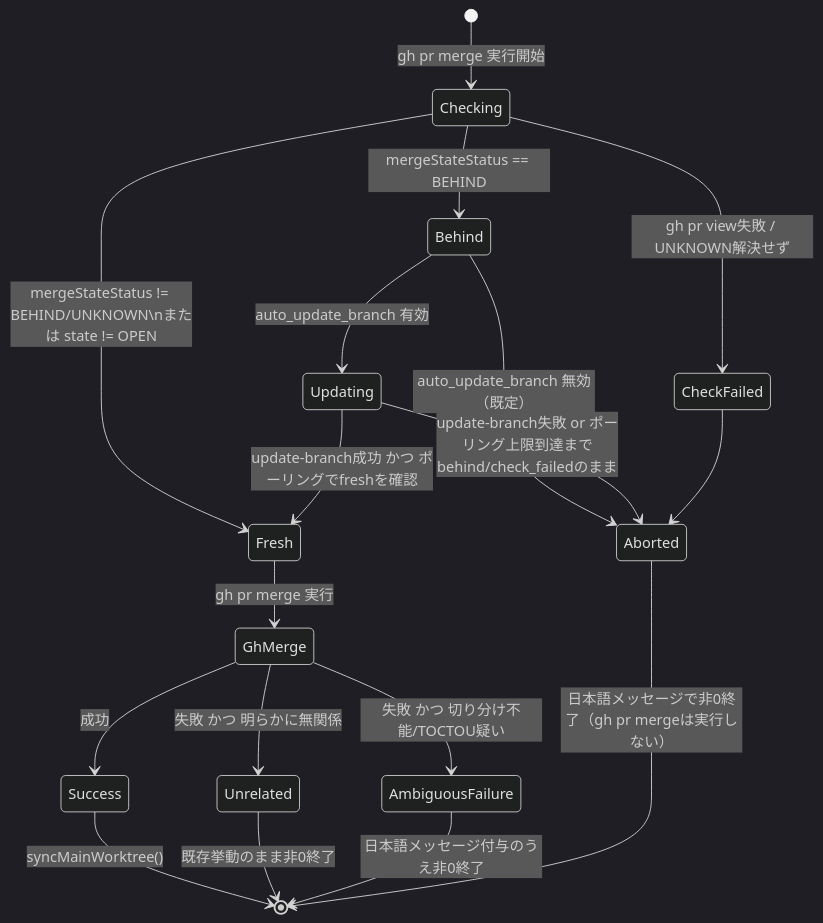
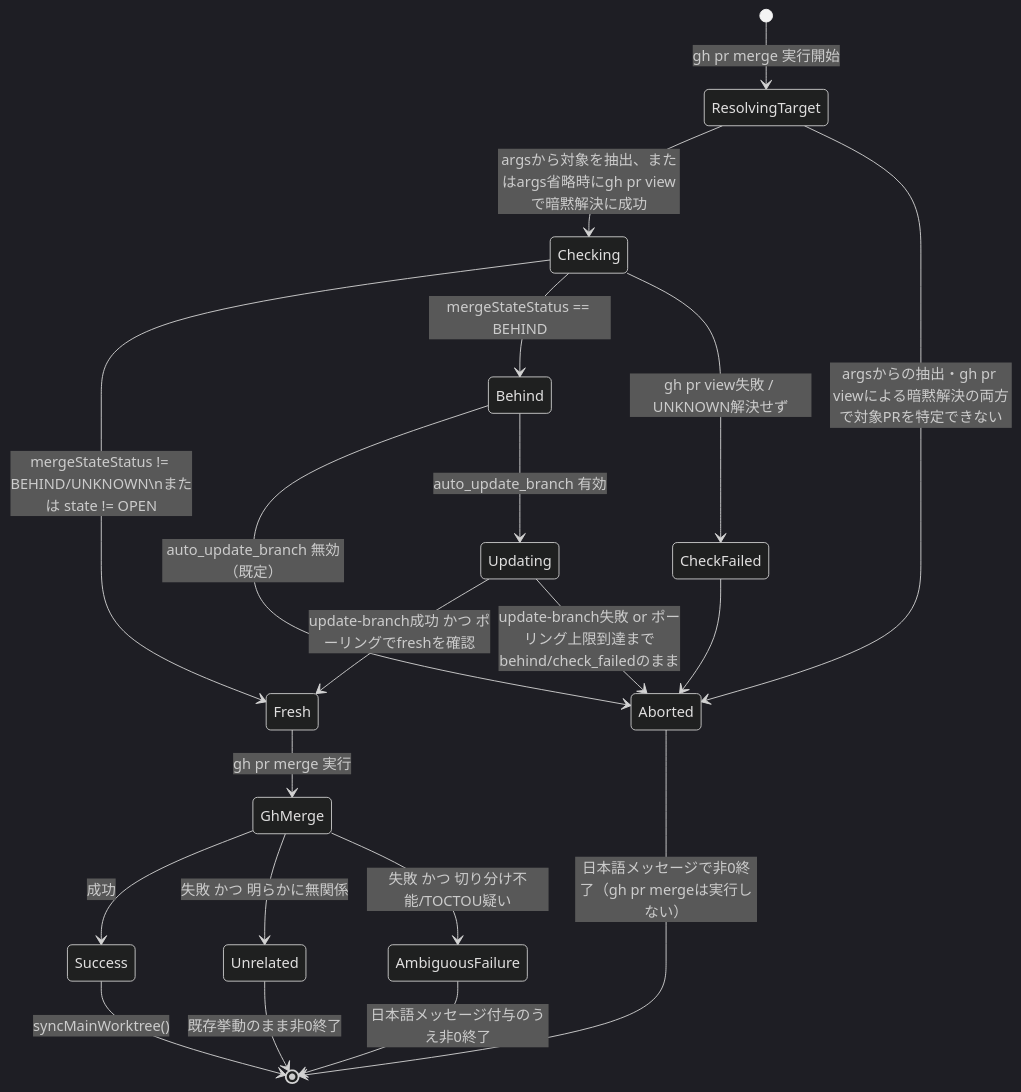
The diagram in DESIGN.md (techbeansjp-free/AGENTS.md), drawn with Mermaid (dark theme) before and after one commit. The commit also changed other lines of this file and 2 other files, not shown here.

First line of the commit message:
design(#493): resolveMergeTarget()にgh pr viewフォールバックを追加（design-gate blocking是正）

````diff
--- a/DESIGN.md
+++ b/DESIGN.md
@@ -52,20 +52,22 @@
 ```mermaid
 stateDiagram-v2
-    [*] --> Checking: gh pr merge 実行開始
+    [*] --> ResolvingTarget: gh pr merge 実行開始
+    ResolvingTarget --> Checking: argsから対象を抽出、またはargs省略時にgh pr viewで暗黙解決に成功
+    ResolvingTarget --> Aborted: argsからの抽出・gh pr viewによる暗黙解決の両方で対象PRを特定できない
     Checking --> Fresh: mergeStateStatus != BEHIND/UNKNOWN\nまたは state != OPEN
     Checking --> Behind: mergeStateStatus == BEHIND
     Checking --> CheckFailed: gh pr view失敗 / UNKNOWN解決せず
     Behind --> Aborted: auto_update_branch 無効（既定）
     Behind --> Updating: auto_update_branch 有効
     Updating --> Fresh: update-branch成功 かつ ポーリングでfreshを確認
     Updating --> Aborted: update-branch失敗 or ポーリング上限到達までbehind/check_failedのまま
     CheckFailed --> Aborted
     Fresh --> GhMerge: gh pr merge 実行
     GhMerge --> Success: 成功
     GhMerge --> Unrelated: 失敗 かつ 明らかに無関係
     GhMerge --> AmbiguousFailure: 失敗 かつ 切り分け不能/TOCTOU疑い
     Success --> [*]: syncMainWorktree()
     Unrelated --> [*]: 既存挙動のまま非0終了
     AmbiguousFailure --> [*]: 日本語メッセージ付与のうえ非0終了
     Aborted --> [*]: 日本語メッセージで非0終了（gh pr mergeは実行しない）
 ```
````
